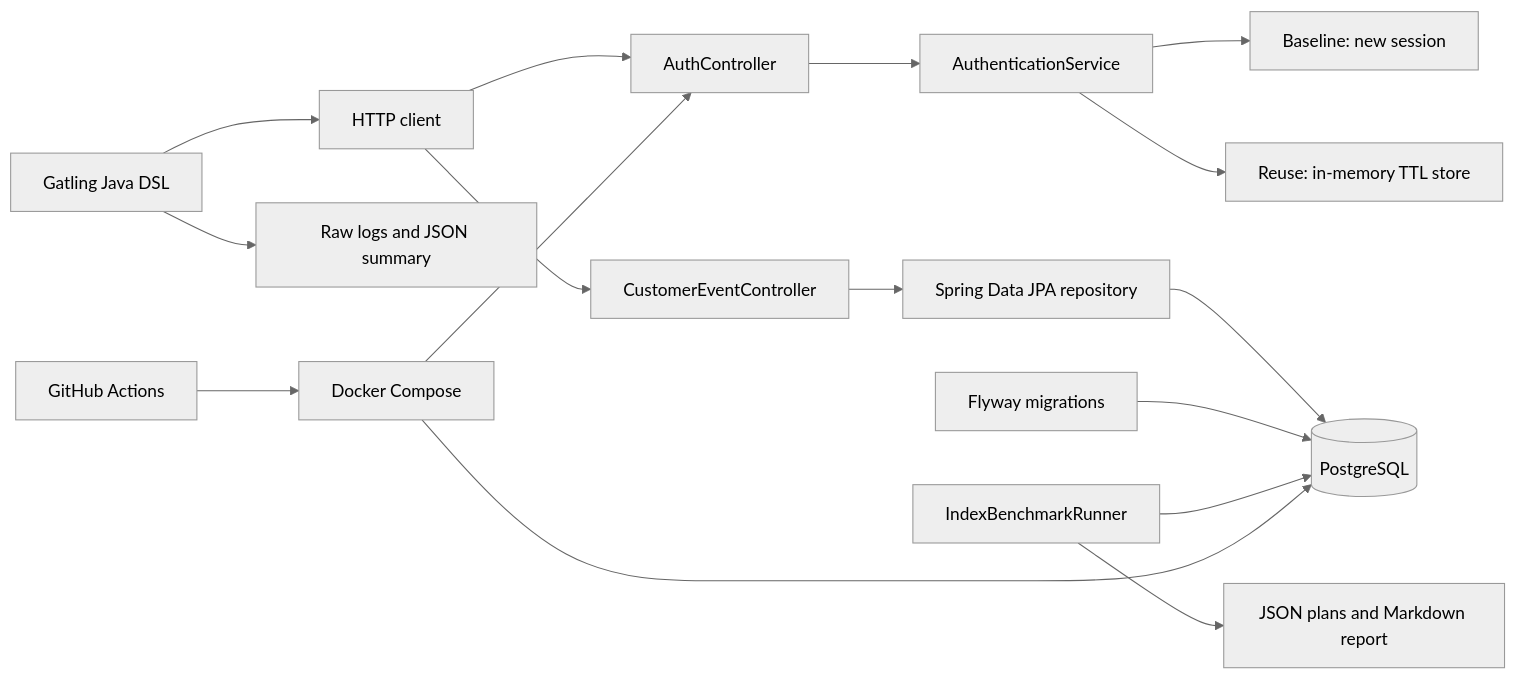
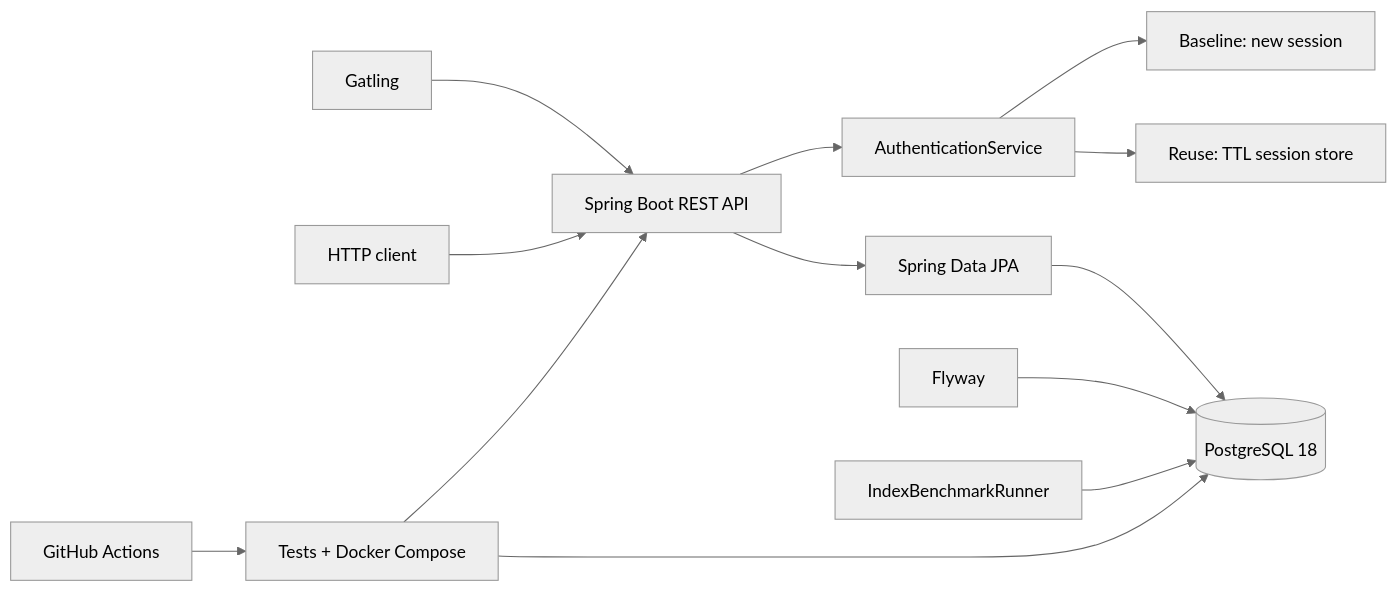
One commit to kennyufish/java-backend-performance-lab changed the diagram in README.md. Above: the diagram before and after it, drawn with Mermaid (neutral theme). The commit also changed other lines of this file and 1 other file, not shown here.

Commit message:
Add consolidated benchmark report

````diff
--- a/README.md
+++ b/README.md
@@ -25,19 +30,18 @@
 ```mermaid
 flowchart LR
-    C["HTTP client"] --> A["AuthController"]
-    A --> AS["AuthenticationService"]
-    AS --> B["Baseline: new session"]
-    AS --> R["Reuse: in-memory TTL store"]
-    G["Gatling Java DSL"] --> C
-    G --> LR["Raw logs and JSON summary"]
+    G["Gatling"] --> API["Spring Boot REST API"]
+    C["HTTP client"] --> API
 
-    C --> E["CustomerEventController"]
-    E --> J["Spring Data JPA repository"]
-    J --> P[("PostgreSQL")]
-    F["Flyway migrations"] --> P
-    BR["IndexBenchmarkRunner"] --> P
-    BR --> O["JSON plans and Markdown report"]
-    D["Docker Compose"] --> A
-    D --> P
-    CI["GitHub Actions"] --> D
+    API --> A["AuthenticationService"]
+    A --> B["Baseline: new session"]
+    A --> R["Reuse: TTL session store"]
+
+    API --> J["Spring Data JPA"]
+    J --> P[("PostgreSQL 18")]
+    F["Flyway"] --> P
+    X["IndexBenchmarkRunner"] --> P
+
+    CI["GitHub Actions"] --> T["Tests + Docker Compose"]
+    T --> API
+    T --> P
 ```
````
